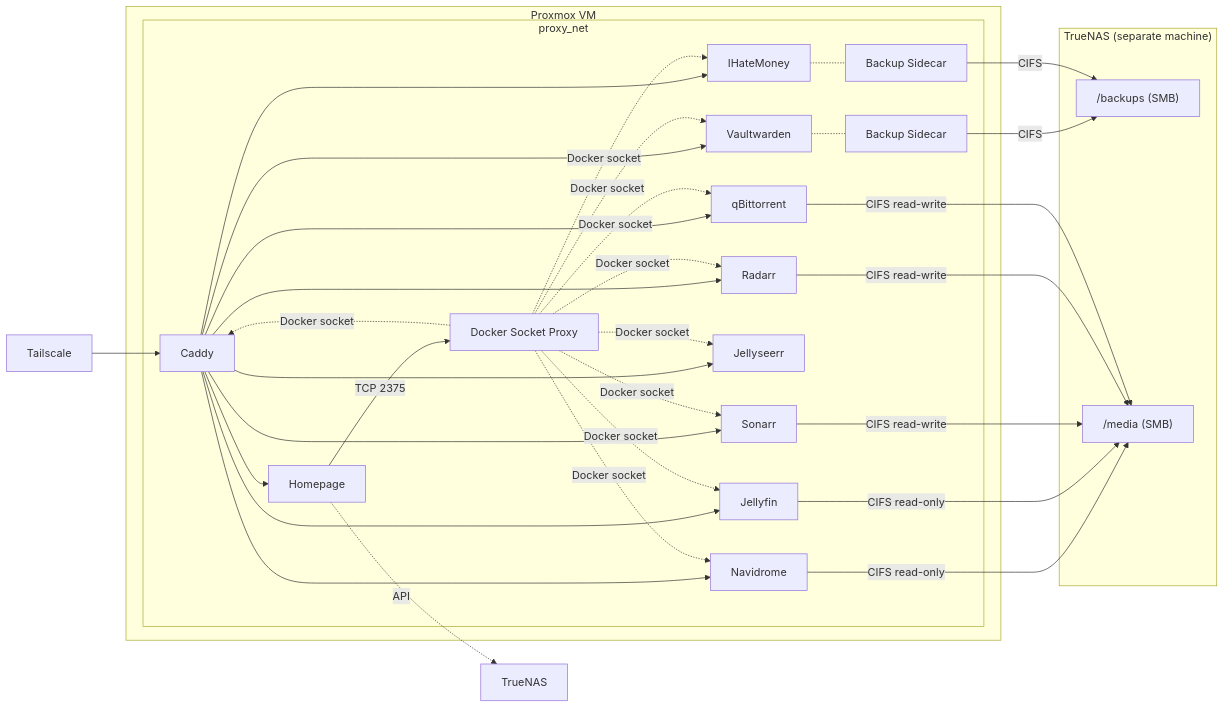
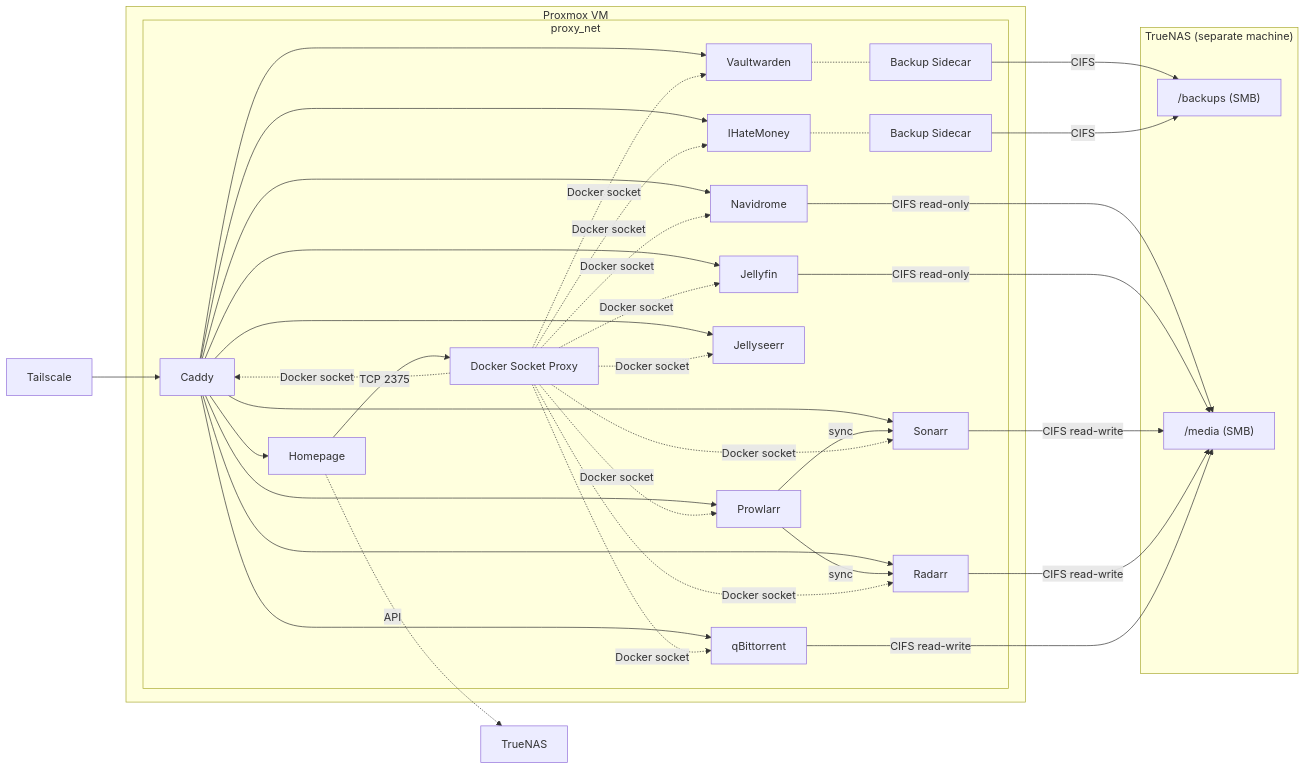
The first of 2 diagrams in README.md (masolnada/homelab), drawn with Mermaid before and after one commit. The commit also changed other lines of this file and 3 other files, not shown here.

````diff
--- a/README.md
+++ b/README.md
@@ -7,45 +7,49 @@
 ```mermaid
 graph LR
     TS[Tailscale] --> Caddy
 
     subgraph VM["Proxmox VM"]
         subgraph proxy_net
             Caddy --> Homepage
             Caddy --> Vaultwarden
             Caddy --> Navidrome
             Caddy --> IHateMoney
             Caddy --> Jellyfin
             Caddy --> Jellyseerr
             Caddy --> Sonarr
             Caddy --> Radarr
             Caddy --> qBittorrent
+            Caddy --> Prowlarr
+            Prowlarr -->|sync| Sonarr
+            Prowlarr -->|sync| Radarr
             Homepage -->|TCP 2375| DockerProxy[Docker Socket Proxy]
             DockerProxy -.->|Docker socket| Caddy
             DockerProxy -.->|Docker socket| Vaultwarden
             DockerProxy -.->|Docker socket| Navidrome
             DockerProxy -.->|Docker socket| IHateMoney
             DockerProxy -.->|Docker socket| Jellyfin
             DockerProxy -.->|Docker socket| Jellyseerr
             DockerProxy -.->|Docker socket| Sonarr
             DockerProxy -.->|Docker socket| Radarr
             DockerProxy -.->|Docker socket| qBittorrent
+            DockerProxy -.->|Docker socket| Prowlarr
             Vaultwarden -.- Backup[Backup Sidecar]
             IHateMoney -.- IHMBackup[Backup Sidecar]
         end
     end
 
     subgraph NAS["TrueNAS (separate machine)"]
         backups["/backups (SMB)"]
         media["/media (SMB)"]
     end
 
     Homepage -.->|API| TrueNAS
 
     Backup -->|CIFS| backups
     IHMBackup -->|CIFS| backups
     Navidrome -->|CIFS read-only| media
     Jellyfin -->|CIFS read-only| media
     Sonarr -->|CIFS read-write| media
     Radarr -->|CIFS read-write| media
     qBittorrent -->|CIFS read-write| media
 ```
````
